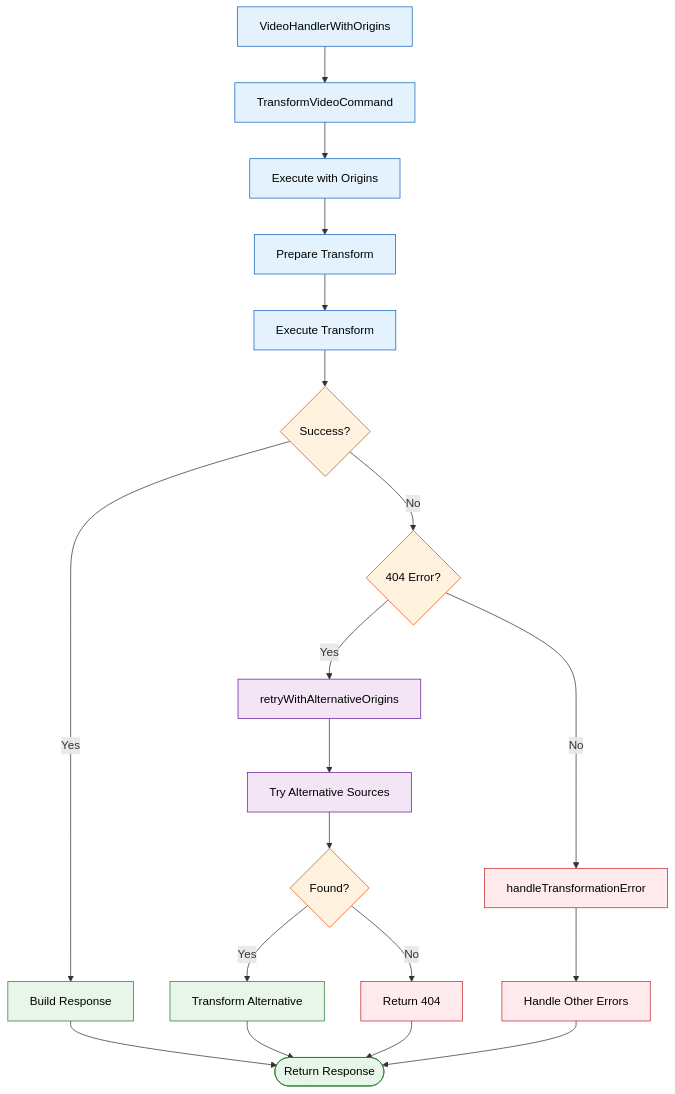
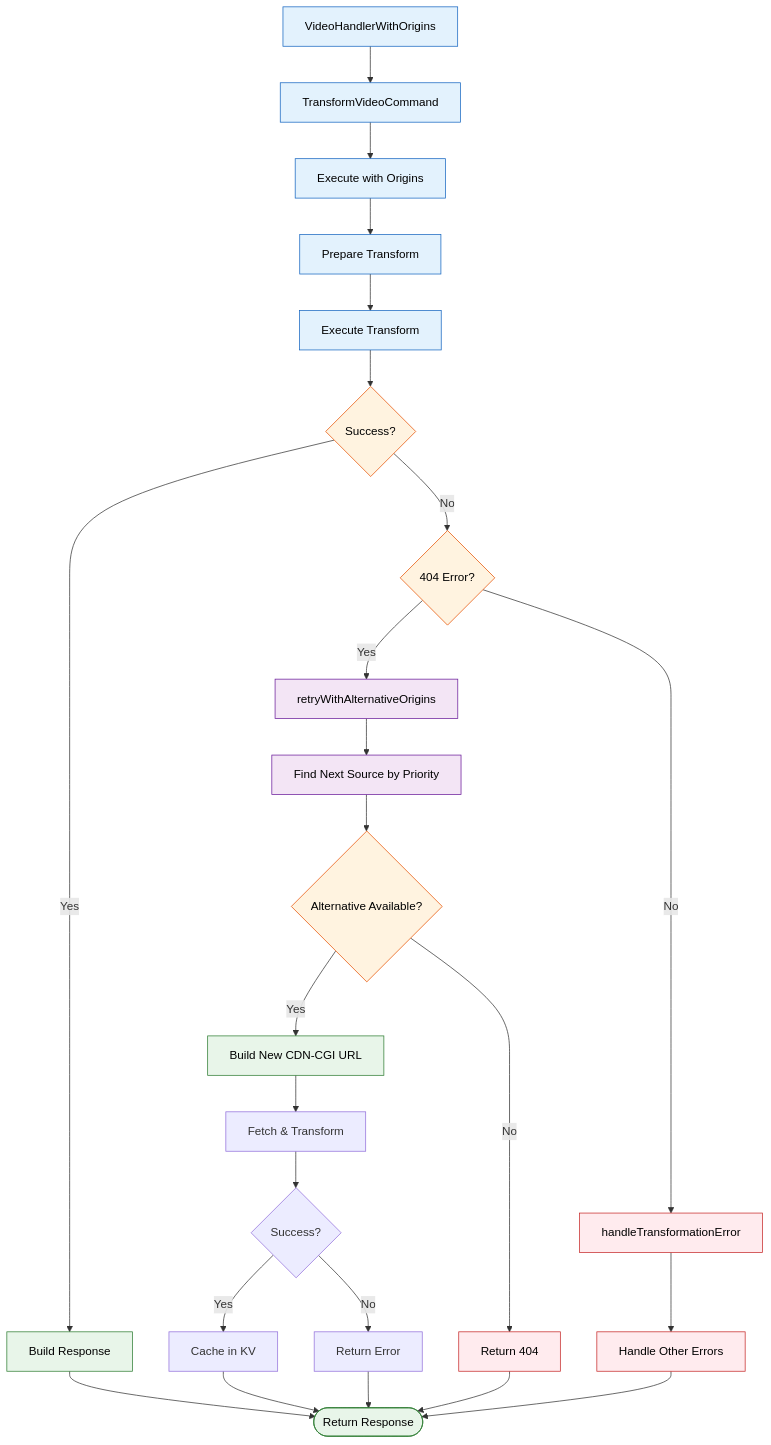
One commit to erfianugrah/video-resizer changed the fifth of 16 diagrams in README.md. Above: the diagram before and after it, drawn with Mermaid. The commit also changed other lines of this file and 5 other files, not shown here.

Commit message:
mermaid diagrams updated

````diff
--- a/README.md
+++ b/README.md
@@ -370,34 +373,38 @@
 ```mermaid
 flowchart TB
     %% Define node styles with high contrast colors
     classDef process fill:#E3F2FD,stroke:#1565C0,color:#000000;
     classDef decision fill:#FFF3E0,stroke:#E65100,color:#000000;
     classDef success fill:#E8F5E9,stroke:#2E7D32,color:#000000;
     classDef error fill:#FFEBEE,stroke:#C62828,color:#000000;
     classDef retry fill:#F3E5F5,stroke:#6A1B9A,color:#000000;
 
     %% Command flow with Origins
     A[VideoHandlerWithOrigins] --> B[TransformVideoCommand]
     B --> C[Execute with Origins]
     C --> D[Prepare Transform]
     D --> E[Execute Transform]
     E --> F{Success?}
     F -->|Yes| G[Build Response]
     F -->|No| H{404 Error?}
     H -->|Yes| J[retryWithAlternativeOrigins]
     H -->|No| K[handleTransformationError]
-    J --> L[Try Alternative Sources]
-    L --> M{Found?}
-    M -->|Yes| N[Transform Alternative]
+    J --> L[Find Next Source by Priority]
+    L --> M{Alternative Available?}
+    M -->|Yes| N[Build New CDN-CGI URL]
     M -->|No| O[Return 404]
+    N --> Q[Fetch & Transform]
+    Q --> R{Success?}
+    R -->|Yes| S[Cache in KV]
+    R -->|No| T[Return Error]
     K --> P[Handle Other Errors]
-    G & N & O & P --> I([Return Response])
+    G & S & O & T & P --> I([Return Response])
 
     %% Apply styles
     class A,B,C,D,E process
     class F,H,M decision
     class G,N success
     class K,O,P error
     class J,L retry
     class I success
 ```
````
